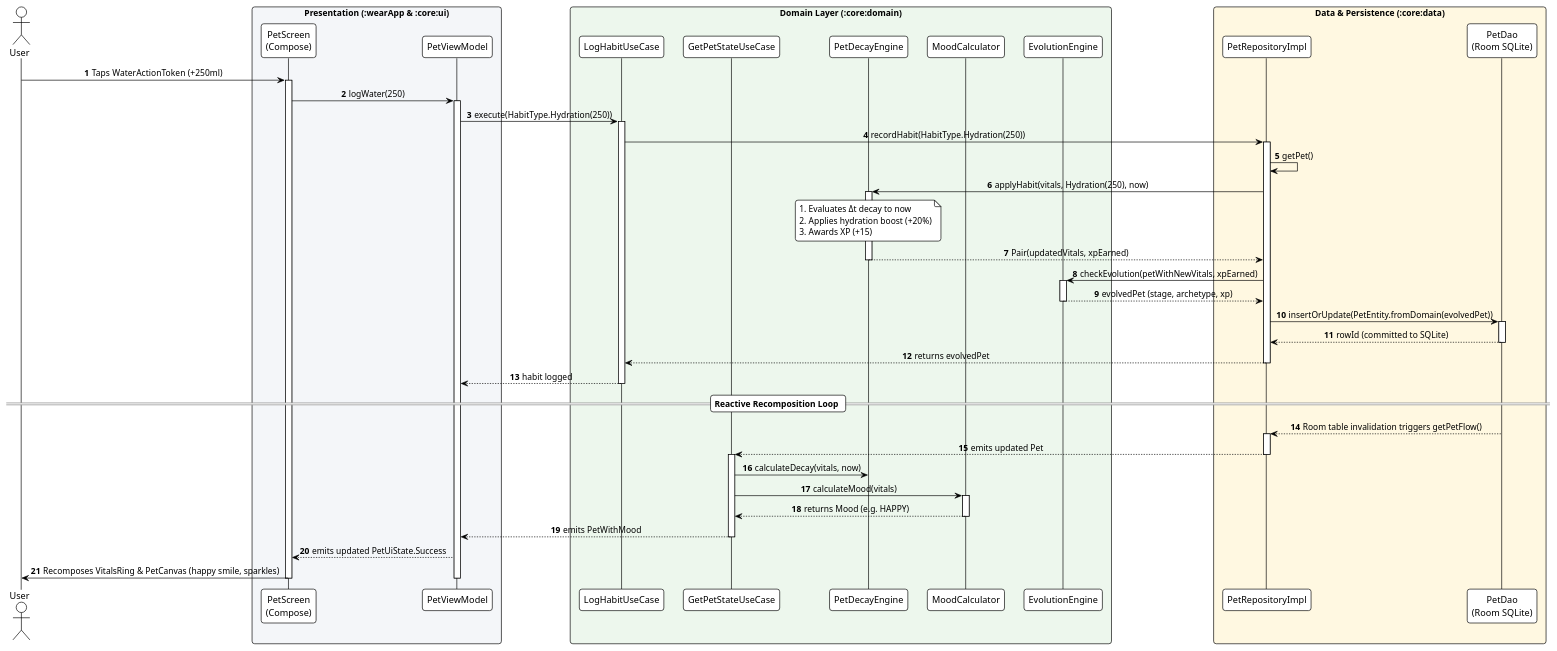
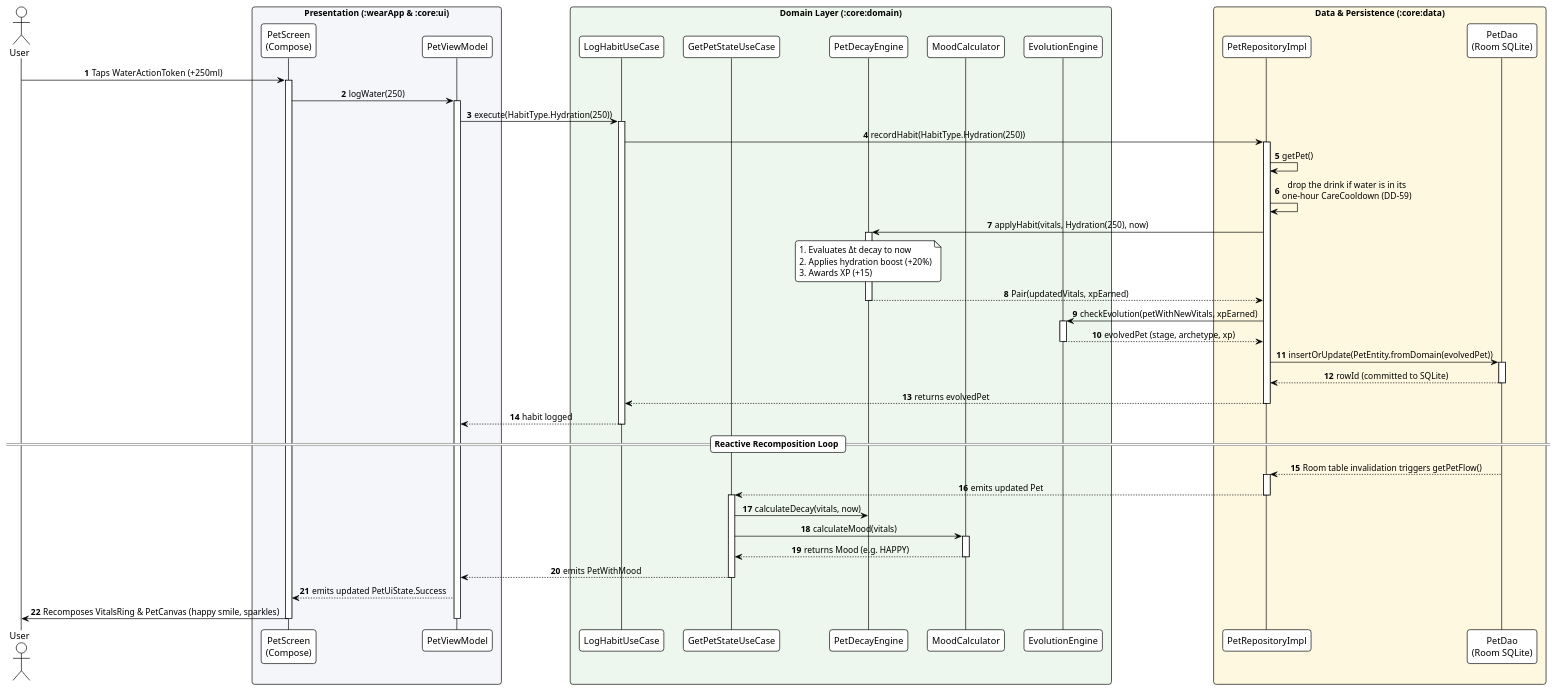
Before and after one commit to DunderGG/health-companion: the fourth of 7 diagrams in docs/ARCHITECTURE.md, drawn with PlantUML. The commit also changed 16 other files, not shown here.

First line of the commit message:
Allow food and water once an hour each

```diff
--- a/docs/ARCHITECTURE.md
+++ b/docs/ARCHITECTURE.md
@@ -350,6 +350,7 @@
 activate Repo
 
 Repo -> Repo : getPet()
+Repo -> Repo : drop the drink if water is in its\none-hour CareCooldown (DD-59)
 Repo -> DecayEngine : applyHabit(vitals, Hydration(250), now)
 activate DecayEngine
 note over DecayEngine
```
